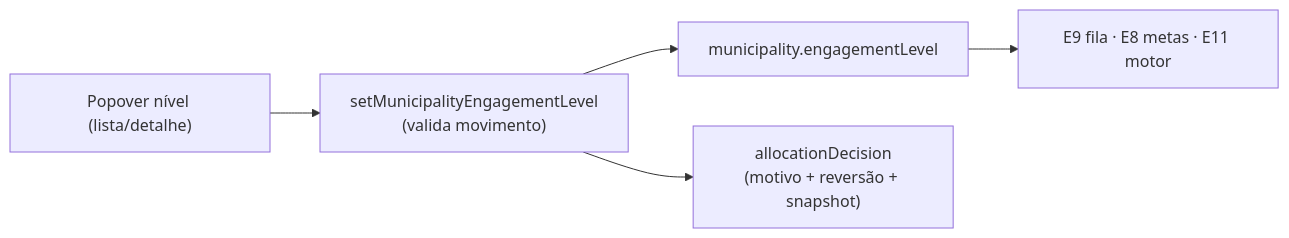
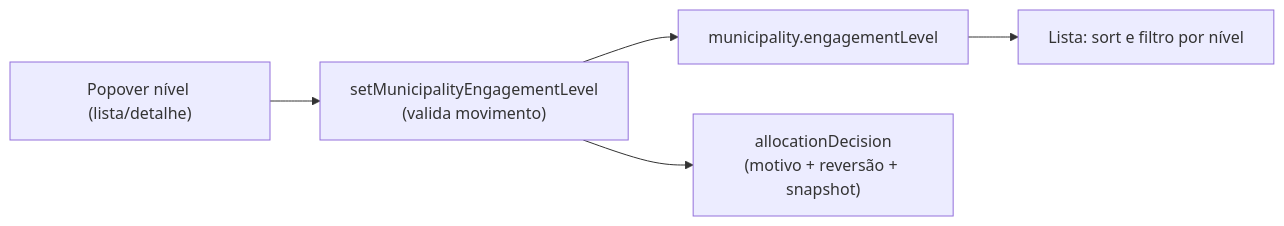
The diagram in docs/plans/niveis-de-envolvimento.md (fsolla/teqo), drawn with Mermaid before and after one commit. The commit also changed other lines of this file and 36 other files, not shown here.

````diff
--- a/docs/plans/niveis-de-envolvimento.md
+++ b/docs/plans/niveis-de-envolvimento.md
@@ -48,11 +53,11 @@
 ```mermaid
 flowchart LR
     UI["Popover nível (lista/detalhe)"]
     Action["setMunicipalityEngagementLevel<br/>(valida movimento)"]
     Municipality["municipality.engagementLevel"]
     Dec["allocationDecision<br/>(motivo + reversão + snapshot)"]
-    Consumers["E9 fila · E8 metas · E11 motor"]
+    ListUrl["Lista: sort e filtro por nível"]
     UI --> Action --> Municipality
     Action --> Dec
-    Municipality --> Consumers
+    Municipality --> ListUrl
 ```
````
